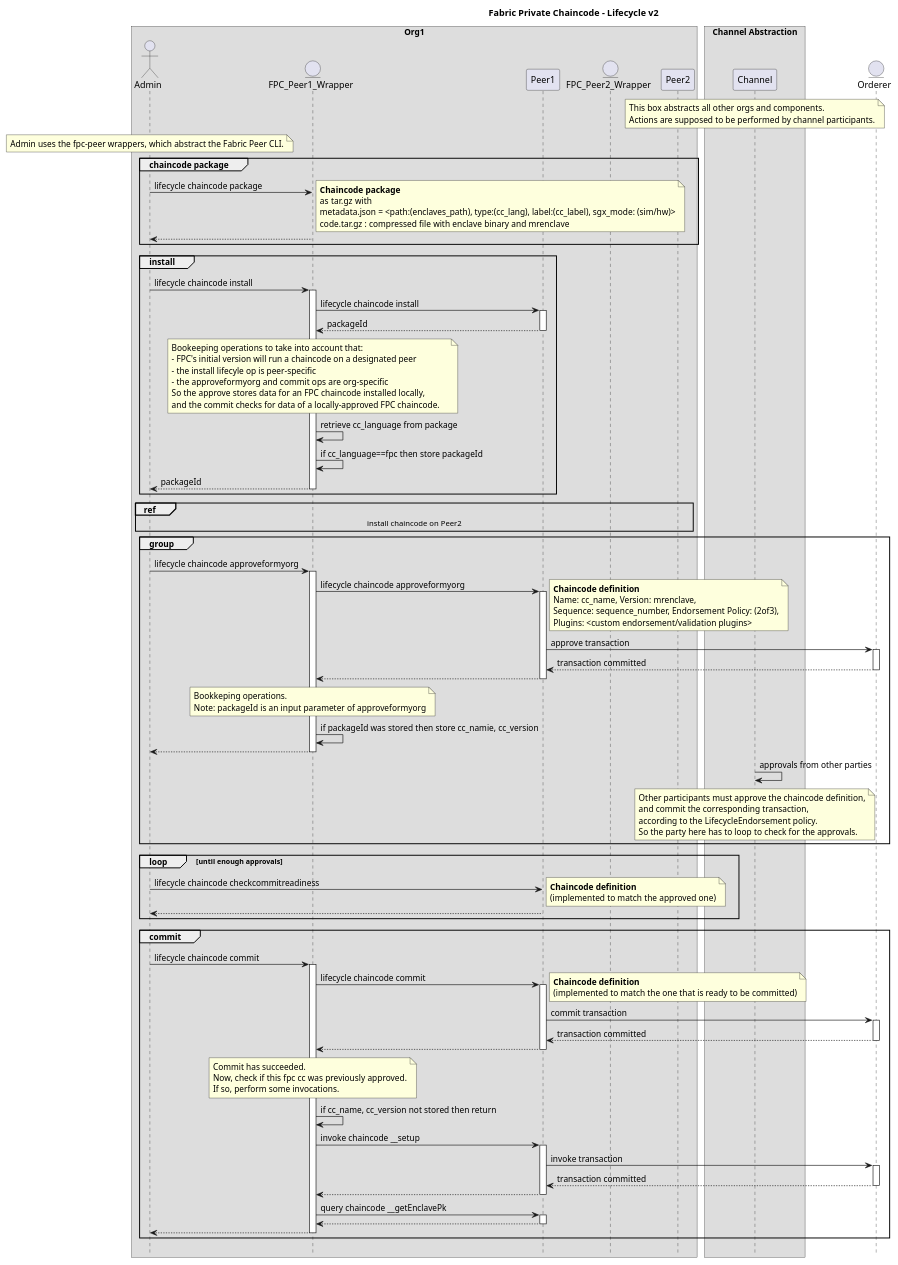
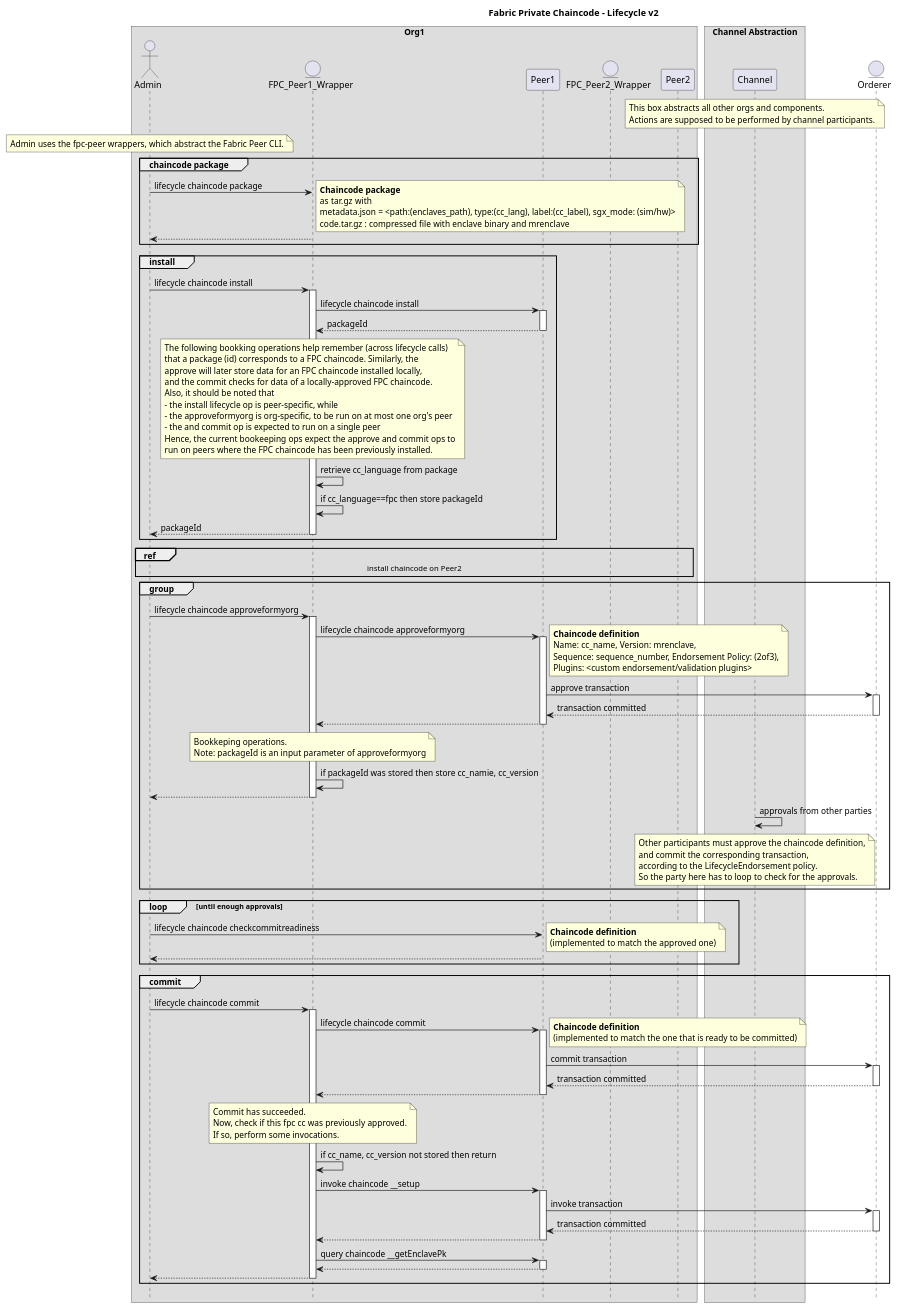
The diagram in docs/design/fabric-v2+/fpc-lifecycle-v2.puml (hyperledger/fabric-private-chaincode), drawn with PlantUML before and after one commit.

Commit message:
rephrase bookeeping rationale

```diff
--- a/docs/design/fabric-v2+/fpc-lifecycle-v2.puml
+++ b/docs/design/fabric-v2+/fpc-lifecycle-v2.puml
@@ -8,127 +8,131 @@
 @startuml
 
 !pragma teoz true
 
 hide footbox
 title Foot Box removed
 
 title Fabric Private Chaincode - Lifecycle v2
 
 box "Org1"
 actor	Admin order 10
 entity "FPC_Peer1_Wrapper" as FPC_Peer1_Wrapper order 15
 participant Peer1 order 20
 entity "FPC_Peer2_Wrapper" as FPC_Peer2_Wrapper order 30
 participant Peer2 order 40
 end box
 
 box "Channel Abstraction"
 participant Channel order 70
 note over Channel
     This box abstracts all other orgs and components.
     Actions are supposed to be performed by channel participants.
 end note
 end box
 
 entity Orderer order 80
 
 note over Admin
     Admin uses the fpc-peer wrappers, which abstract the Fabric Peer CLI.
 end note
 
 group chaincode package
 Admin -> FPC_Peer1_Wrapper : lifecycle chaincode package
 note right
     **Chaincode package**
     as tar.gz with
     metadata.json = <path:(enclaves_path), type:(cc_lang), label:(cc_label), sgx_mode: (sim/hw)>
     code.tar.gz : compressed file with enclave binary and mrenclave
 end note
 return
 end /' group chaincode package '/
 
 group install
 Admin -> FPC_Peer1_Wrapper ++: lifecycle chaincode install
 FPC_Peer1_Wrapper -> Peer1 ++: lifecycle chaincode install
 return packageId
 note over FPC_Peer1_Wrapper
-    Bookeeping operations to take into account that:
-    - FPC's initial version will run a chaincode on a designated peer
-    - the install lifecyle op is peer-specific
-    - the approveformyorg and commit ops are org-specific
-    So the approve stores data for an FPC chaincode installed locally,
-    and the commit checks for data of a locally-approved FPC chaincode.    
+    The following bookking operations help remember (across lifecycle calls)
+    that a package (id) corresponds to a FPC chaincode. Similarly, the
+    approve will later store data for an FPC chaincode installed locally,
+    and the commit checks for data of a locally-approved FPC chaincode.
+    Also, it should be noted that
+    - the install lifecycle op is peer-specific, while
+    - the approveformyorg is org-specific, to be run on at most one org's peer
+    - the and commit op is expected to run on a single peer
+    Hence, the current bookeeping ops expect the approve and commit ops to
+    run on peers where the FPC chaincode has been previously installed.
 end note
 FPC_Peer1_Wrapper -> FPC_Peer1_Wrapper : retrieve cc_language from package
 FPC_Peer1_Wrapper -> FPC_Peer1_Wrapper : if cc_language==fpc then store packageId
 return packageId /' Admin -> FPC_Peer1_Wrapper '/
 end /' group install '/
 
 ref over Admin, FPC_Peer2_Wrapper, Peer2
     install chaincode on Peer2
 end /' ref '/
 
 group /' approve '/
 Admin -> FPC_Peer1_Wrapper ++: lifecycle chaincode approveformyorg
 FPC_Peer1_Wrapper -> Peer1 ++: lifecycle chaincode approveformyorg
 note right
     **Chaincode definition**
     Name: cc_name, Version: mrenclave,
     Sequence: sequence_number, Endorsement Policy: (2of3),
     Plugins: <custom endorsement/validation plugins>
 end note
 Peer1 -> Orderer ++: approve transaction
 return transaction committed /' Peer1 -> Orderer '/
 return /' FPC_Peer1_Wrapper -> Peer1 '/
 note over FPC_Peer1_Wrapper
     Bookkeping operations.
     Note: packageId is an input parameter of approveformyorg
 end note
 FPC_Peer1_Wrapper -> FPC_Peer1_Wrapper : if packageId was stored then store cc_namie, cc_version
 return /' Admin -> FPC_Peer1_Wrapper '/
 
 Channel -> Channel : approvals from other parties
 note over Channel
     Other participants must approve the chaincode definition,
     and commit the corresponding transaction,
     according to the LifecycleEndorsement policy.
     So the party here has to loop to check for the approvals.
 end note
 
 end /' group approve '/
 
 loop until enough approvals
 	Admin -> Peer1 : lifecycle chaincode checkcommitreadiness
 note right
     **Chaincode definition**
     (implemented to match the approved one)
 end note
     return
 end
 
 group commit
 Admin -> FPC_Peer1_Wrapper ++:lifecycle chaincode commit
 FPC_Peer1_Wrapper -> Peer1 ++: lifecycle chaincode commit
 note right
     **Chaincode definition**
     (implemented to match the one that is ready to be committed)
 end note
 Peer1 -> Orderer ++: commit transaction
 return transaction committed /' Peer1 -> Orderer '/
 return /' FPC_Peer1_Wrapper -> Peer1 '/
 note over FPC_Peer1_Wrapper
     Commit has succeeded.
     Now, check if this fpc cc was previously approved.
     If so, perform some invocations.
 end note
 FPC_Peer1_Wrapper -> FPC_Peer1_Wrapper : if cc_name, cc_version not stored then return
 FPC_Peer1_Wrapper -> Peer1 ++: invoke chaincode __setup
 Peer1 -> Orderer ++: invoke transaction
 return transaction committed
 return /' FPC_Peer1_Wrapper -> Peer1 '/
 FPC_Peer1_Wrapper -> Peer1 ++: query chaincode __getEnclavePk
 return /' FPC_Peer1_Wrapper -> Peer1 '/
 return /' Admin -> FPC_Peer1_Wrapper '/
 end /' group commit '/
 
 @enduml
```
